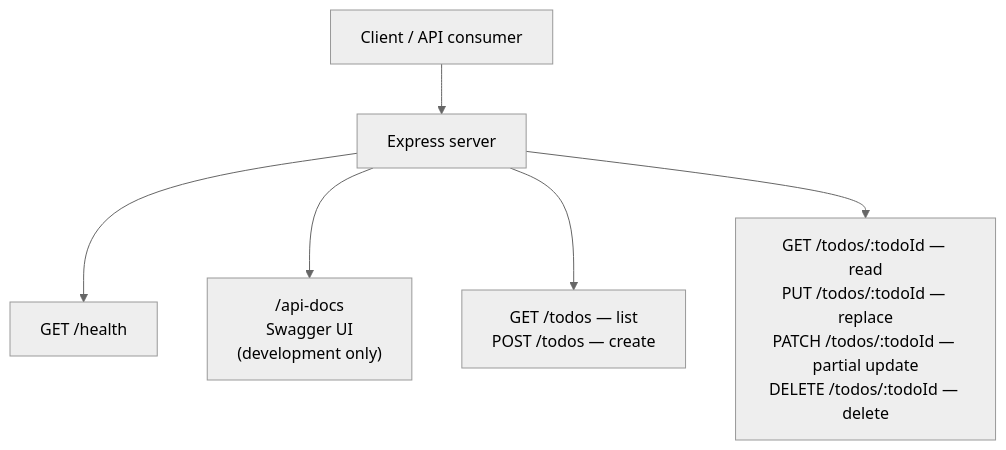
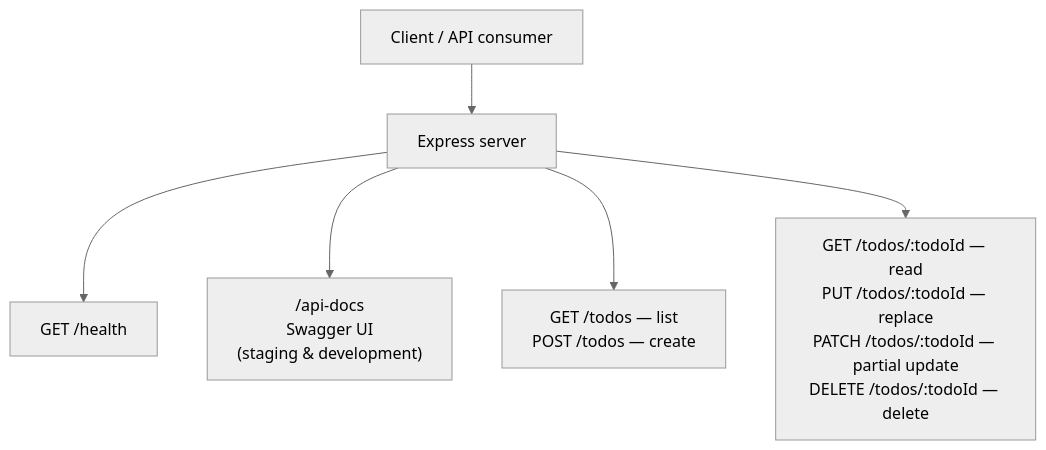
The diagram in README.md (QCI-Demo-Stage/todo-list-application), drawn with Mermaid (neutral theme) before and after one commit. The commit also changed other lines of this file and 4 other files, not shown here.

````diff
--- a/README.md
+++ b/README.md
@@ -13,15 +13,15 @@
 ```mermaid
 flowchart TB
   Client[Client / API consumer]
   Server[Express server]
   Health[GET /health]
-  Docs["/api-docs\nSwagger UI\n(development only)"]
+  Docs["/api-docs\nSwagger UI\n(staging & development)"]
   ListCreate["GET /todos — list\nPOST /todos — create"]
   ById["GET /todos/:todoId — read\nPUT /todos/:todoId — replace\nPATCH /todos/:todoId — partial update\nDELETE /todos/:todoId — delete"]
 
   Client --> Server
   Server --> Health
   Server --> Docs
   Server --> ListCreate
   Server --> ById
 ```
````
